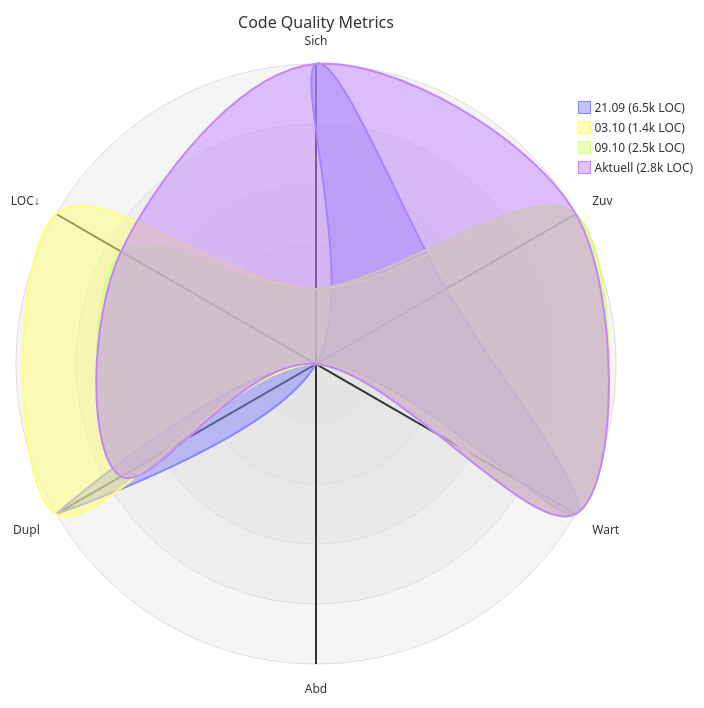
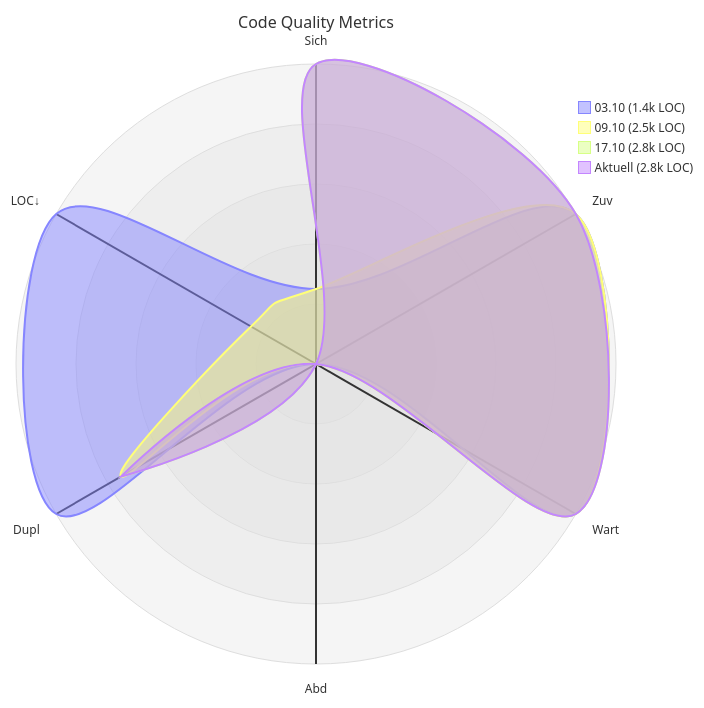
Before and after one commit to merlinbecker/CodexMiroir: the diagram in codequality/report.md, drawn with Mermaid. The commit also changed other lines of this file, not shown here.

Commit message:
Update code quality report [skip ci]

````diff
--- a/codequality/report.md
+++ b/codequality/report.md
@@ -5,13 +5,13 @@
 ```mermaid
 ---
 title: "Code Quality Metrics"
 ---
 radar-beta
   axis s["Sich"], r["Zuv"], m["Wart"], c["Abd"], d["Dupl"], l["LOC↓"]
-  curve p_21_09_6_5k_LOC_["21.09 (6.5k LOC)"]{5, 3, 5, 0, 5, 1}
   curve p_03_10_1_4k_LOC_["03.10 (1.4k LOC)"]{2, 5, 5, 0, 5, 5}
-  curve p_09_10_2_5k_LOC_["09.10 (2.5k LOC)"]{2, 5, 5, 0, 4, 4}
-  curve p_Aktuell_2_8k_LOC_["Aktuell (2.8k LOC)"]{5, 5, 5, 1, 4, 4}
+  curve p_09_10_2_5k_LOC_["09.10 (2.5k LOC)"]{2, 5, 5, 0, 4, 2}
+  curve p_17_10_2_8k_LOC_["17.10 (2.8k LOC)"]{5, 5, 5, 1, 4, 1}
+  curve p_Aktuell_2_8k_LOC_["Aktuell (2.8k LOC)"]{5, 5, 5, 1, 4, 1}
   max 5
   min 1
 ```
````
